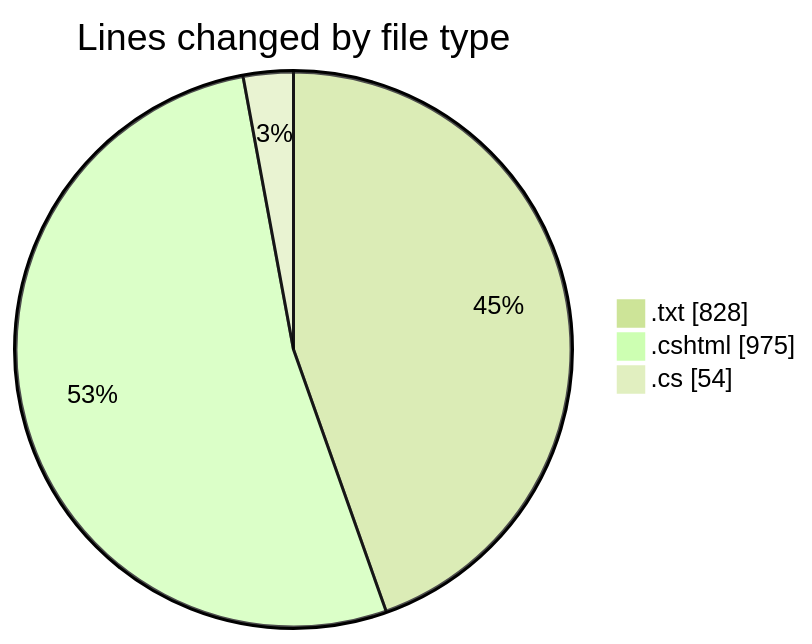
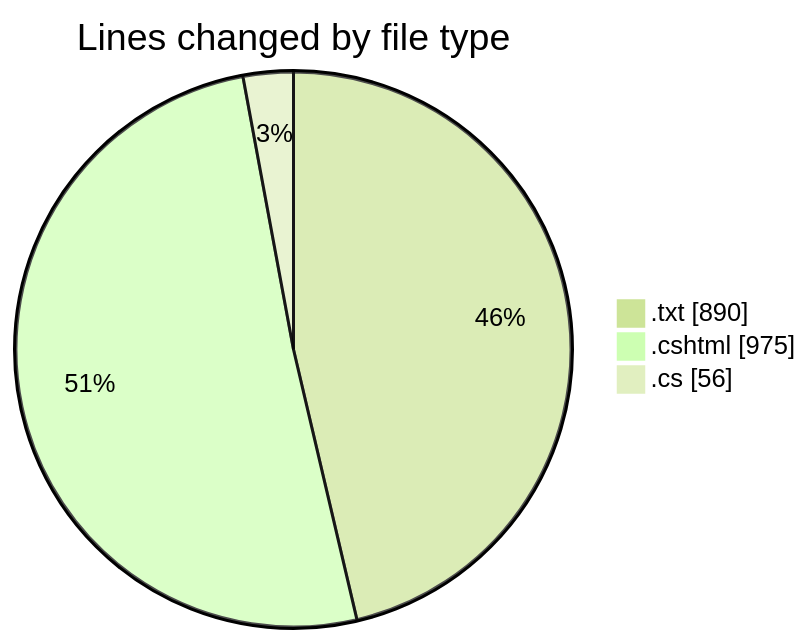
The first of 2 diagrams in 2025-07-25/quanlyrapchieuphim-1/README.md (lephambinh05/code-tracking), drawn with Mermaid (forest theme) before and after one commit. The commit also changed other lines of this file and 1 other file, not shown here.

````diff
--- a/2025-07-25/quanlyrapchieuphim-1/README.md
+++ b/2025-07-25/quanlyrapchieuphim-1/README.md
@@ -23,7 +23,7 @@
 ```mermaid
 pie showData
 title Lines changed by file type
-".txt" : 828
+".txt" : 890
 ".cshtml" : 975
-".cs" : 54
+".cs" : 56
 ```
````
